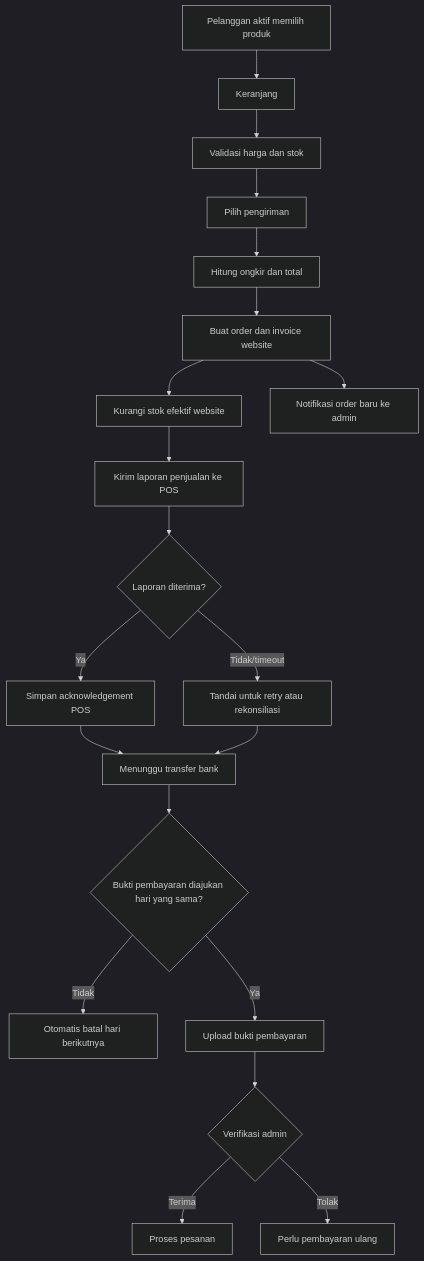
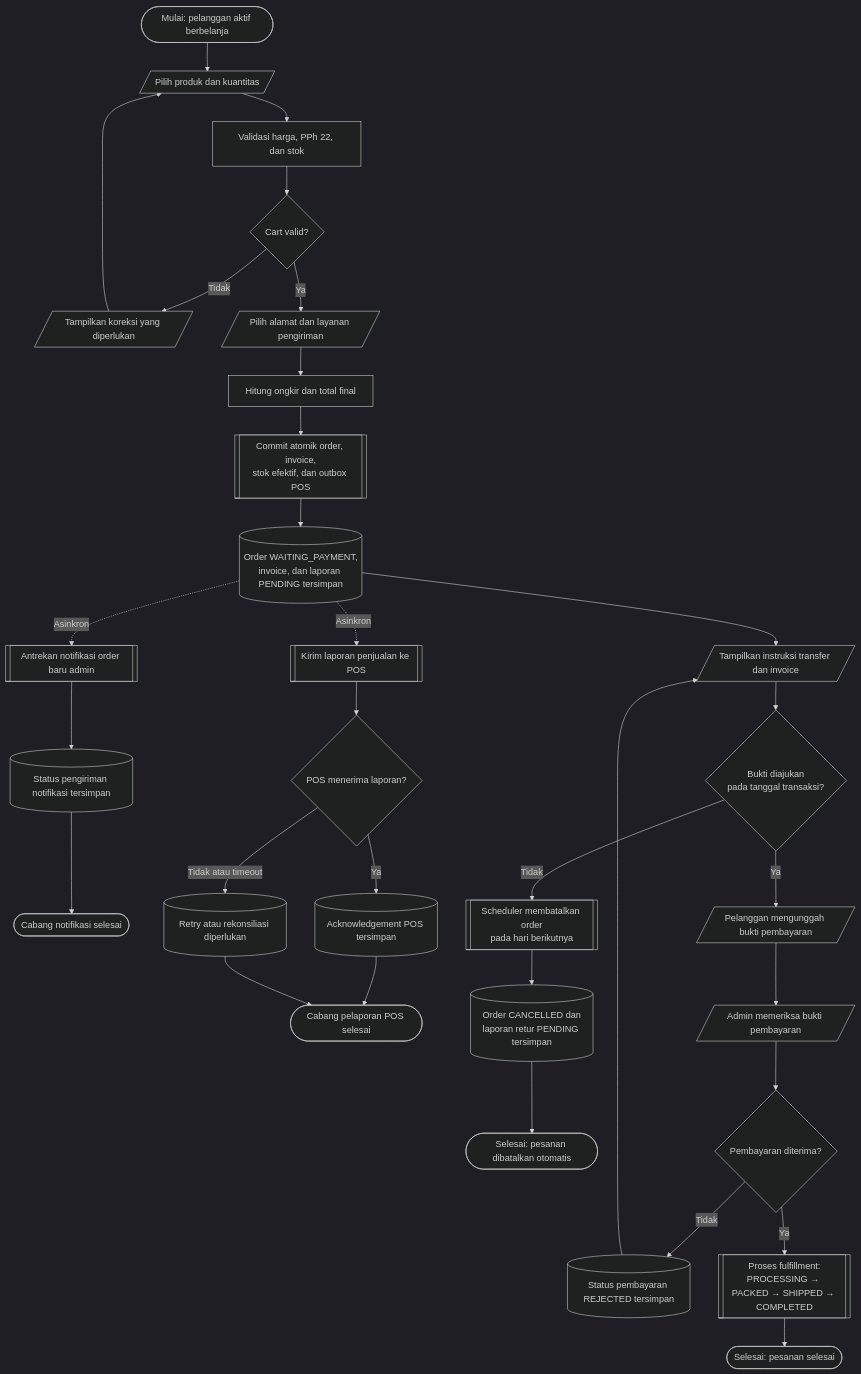
One commit to Webekspres/pixel-komunika changed the third of 4 diagrams in docs/requirements/BRD.md. Above: the diagram before and after it, drawn with Mermaid (dark theme). The commit also changed other lines of this file and 1 other file, not shown here.

Commit message:
docs: close resolved questions and standardize flows

````diff
--- a/docs/requirements/BRD.md
+++ b/docs/requirements/BRD.md
@@ -315,22 +350,33 @@
 ```mermaid
 flowchart TD
-    A[Pelanggan aktif memilih produk] --> B[Keranjang]
-    B --> C[Validasi harga dan stok]
-    C --> D[Pilih pengiriman]
-    D --> E[Hitung ongkir dan total]
-    E --> F[Buat order dan invoice website]
-    F --> G[Kurangi stok efektif website]
-    G --> N[Kirim laporan penjualan ke POS]
-    N --> L{Laporan diterima?}
-    L -->|Ya| M[Simpan acknowledgement POS]
-    L -->|Tidak/timeout| P[Tandai untuk retry atau rekonsiliasi]
-    M --> O[Menunggu transfer bank]
-    P --> O
-    F --> Q[Notifikasi order baru ke admin]
-    O --> X{Bukti pembayaran diajukan hari yang sama?}
-    X -->|Tidak| Y[Otomatis batal hari berikutnya]
-    X -->|Ya| H[Upload bukti pembayaran]
-    H --> I{Verifikasi admin}
-    I -->|Terima| J[Proses pesanan]
-    I -->|Tolak| K[Perlu pembayaran ulang]
+    A(["Mulai: pelanggan aktif berbelanja"]) --> B[/"Pilih produk dan kuantitas"/]
+    B --> C["Validasi harga, PPh 22, dan stok"]
+    C --> D{"Cart valid?"}
+    D -->|Tidak| E[/"Tampilkan koreksi yang diperlukan"/]
+    E --> B
+    D -->|Ya| F[/"Pilih alamat dan layanan pengiriman"/]
+    F --> G["Hitung ongkir dan total final"]
+    G --> H[["Commit atomik order, invoice,<br/>stok efektif, dan outbox POS"]]
+    H --> I[("Order WAITING_PAYMENT,<br/>invoice, dan laporan PENDING tersimpan")]
+    I -.->|Asinkron| J[["Antrekan notifikasi order baru admin"]]
+    J --> JA[("Status pengiriman notifikasi tersimpan")]
+    JA --> JB(["Cabang notifikasi selesai"])
+    I -.->|Asinkron| K[["Kirim laporan penjualan ke POS"]]
+    K --> L{"POS menerima laporan?"}
+    L -->|Ya| M[("Acknowledgement POS tersimpan")]
+    L -->|Tidak atau timeout| N[("Retry atau rekonsiliasi diperlukan")]
+    M --> KA(["Cabang pelaporan POS selesai"])
+    N --> KA
+    I --> O[/"Tampilkan instruksi transfer dan invoice"/]
+    O --> P{"Bukti diajukan<br/>pada tanggal transaksi?"}
+    P -->|Tidak| Q[["Scheduler membatalkan order<br/>pada hari berikutnya"]]
+    Q --> R[("Order CANCELLED dan<br/>laporan retur PENDING tersimpan")]
+    R --> S(["Selesai: pesanan dibatalkan otomatis"])
+    P -->|Ya| T[/"Pelanggan mengunggah bukti pembayaran"/]
+    T --> U[/"Admin memeriksa bukti pembayaran"/]
+    U --> V{"Pembayaran diterima?"}
+    V -->|Tidak| W[("Status pembayaran REJECTED tersimpan")]
+    W --> O
+    V -->|Ya| X[["Proses fulfillment:<br/>PROCESSING → PACKED → SHIPPED → COMPLETED"]]
+    X --> Y(["Selesai: pesanan selesai"])
 ```
````
